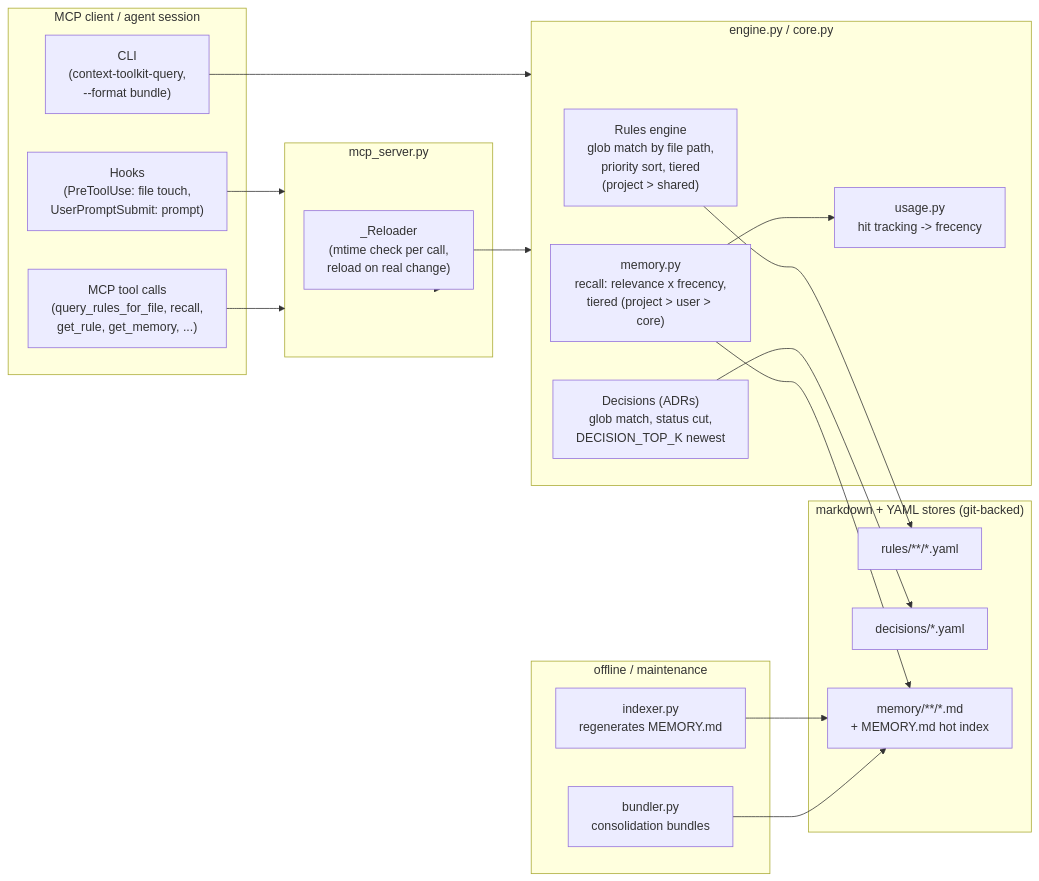
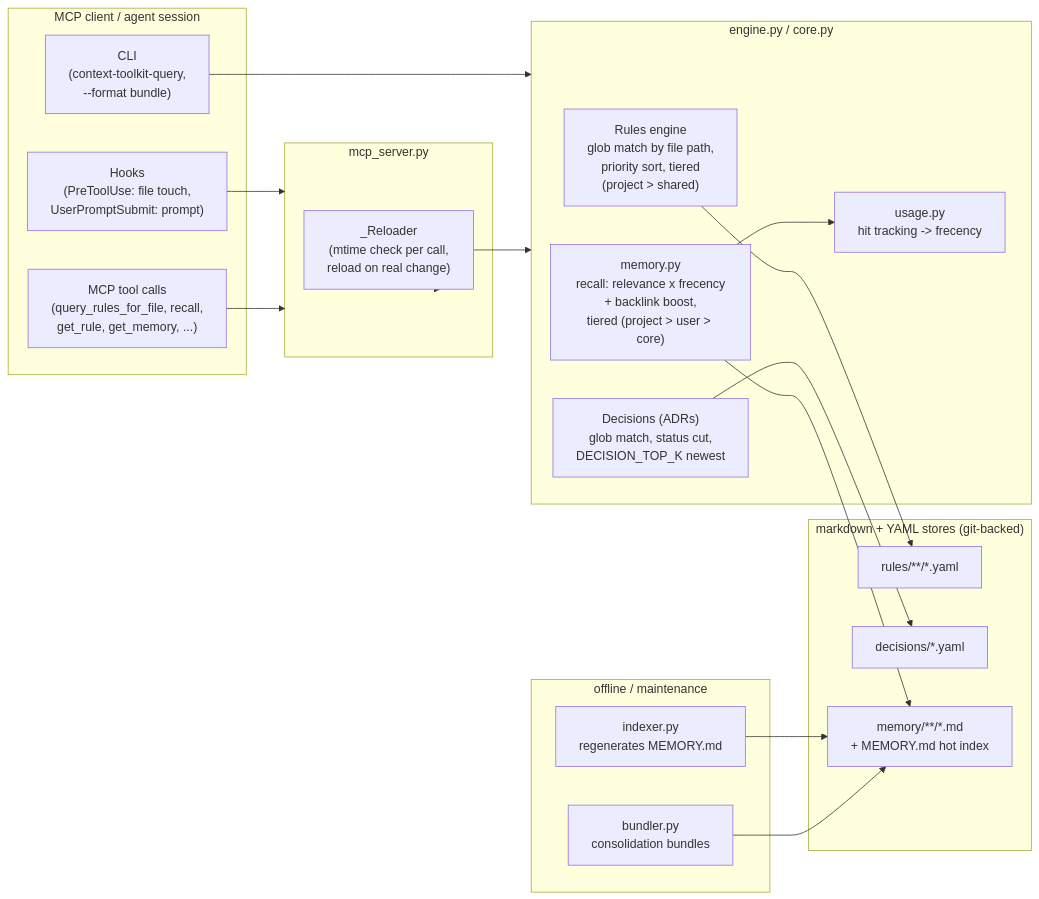
The diagram in docs/architecture.md (othmaratzmueller-bit/mcp-context-toolkit), drawn with Mermaid before and after one commit. The commit also changed other lines of this file and 11 other files, not shown here.

````diff
--- a/docs/architecture.md
+++ b/docs/architecture.md
@@ -6,41 +6,41 @@
 ```mermaid
 flowchart LR
     subgraph client["MCP client / agent session"]
         HOOKS["Hooks<br/>(PreToolUse: file touch,<br/>UserPromptSubmit: prompt)"]
         TOOLS["MCP tool calls<br/>(query_rules_for_file, recall,<br/>get_rule, get_memory, ...)"]
         CLI["CLI<br/>(context-toolkit-query,<br/>--format bundle)"]
     end
 
     subgraph server["mcp_server.py"]
         RELOADER["_Reloader<br/>(mtime check per call,<br/>reload on real change)"]
     end
 
     subgraph engine["engine.py / core.py"]
         RULES["Rules engine<br/>glob match by file path,<br/>priority sort, tiered<br/>(project > shared)"]
         DECISIONS["Decisions (ADRs)<br/>glob match, status cut,<br/>DECISION_TOP_K newest"]
-        MEMORY["memory.py<br/>recall: relevance x frecency,<br/>tiered (project > user > core)"]
+        MEMORY["memory.py<br/>recall: relevance x frecency<br/>+ backlink boost,<br/>tiered (project > user > core)"]
         USAGE["usage.py<br/>hit tracking -> frecency"]
     end
 
     subgraph store["markdown + YAML stores (git-backed)"]
         RDIR["rules/**/*.yaml"]
         DDIR["decisions/*.yaml"]
         MDIR["memory/**/*.md<br/>+ MEMORY.md hot index"]
     end
 
     HOOKS --> server
     TOOLS --> server
     CLI --> engine
     server --> RELOADER --> engine
     RULES --> RDIR
     DECISIONS --> DDIR
     MEMORY --> MDIR
     MEMORY --> USAGE
 
     subgraph offline["offline / maintenance"]
         INDEXER["indexer.py<br/>regenerates MEMORY.md"]
         BUNDLER["bundler.py<br/>consolidation bundles"]
     end
     INDEXER --> MDIR
     BUNDLER --> MDIR
 ```
````
